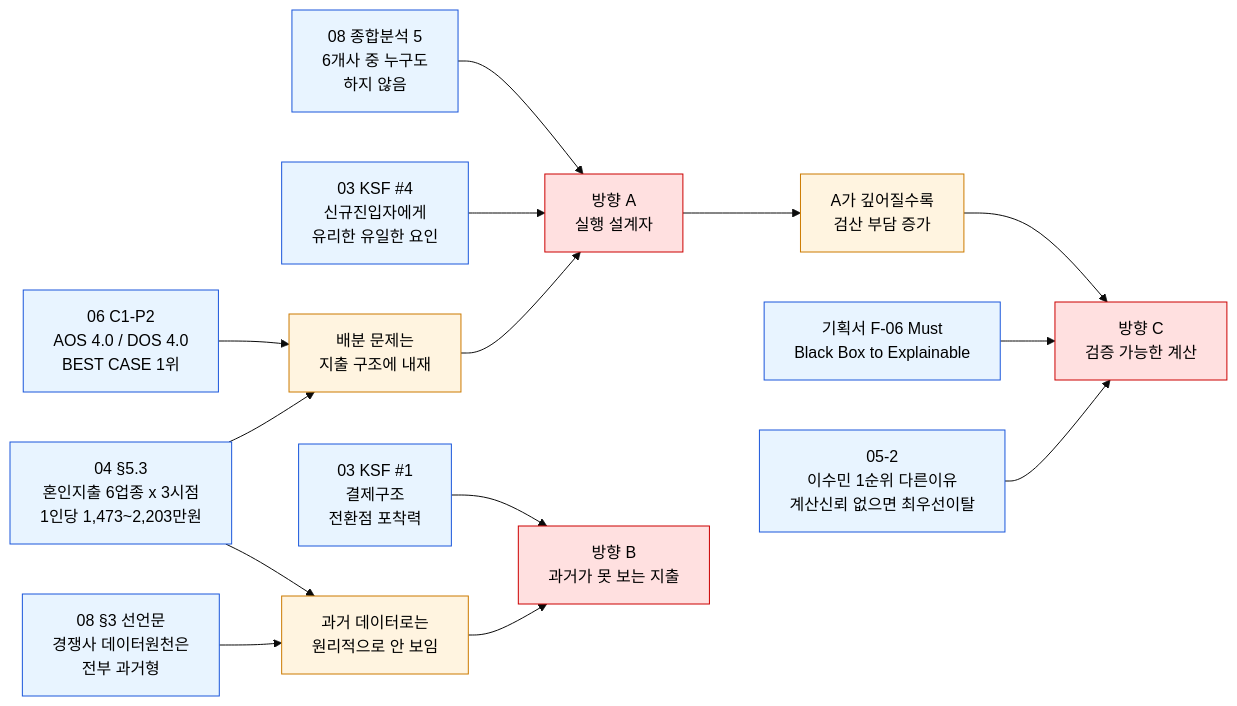
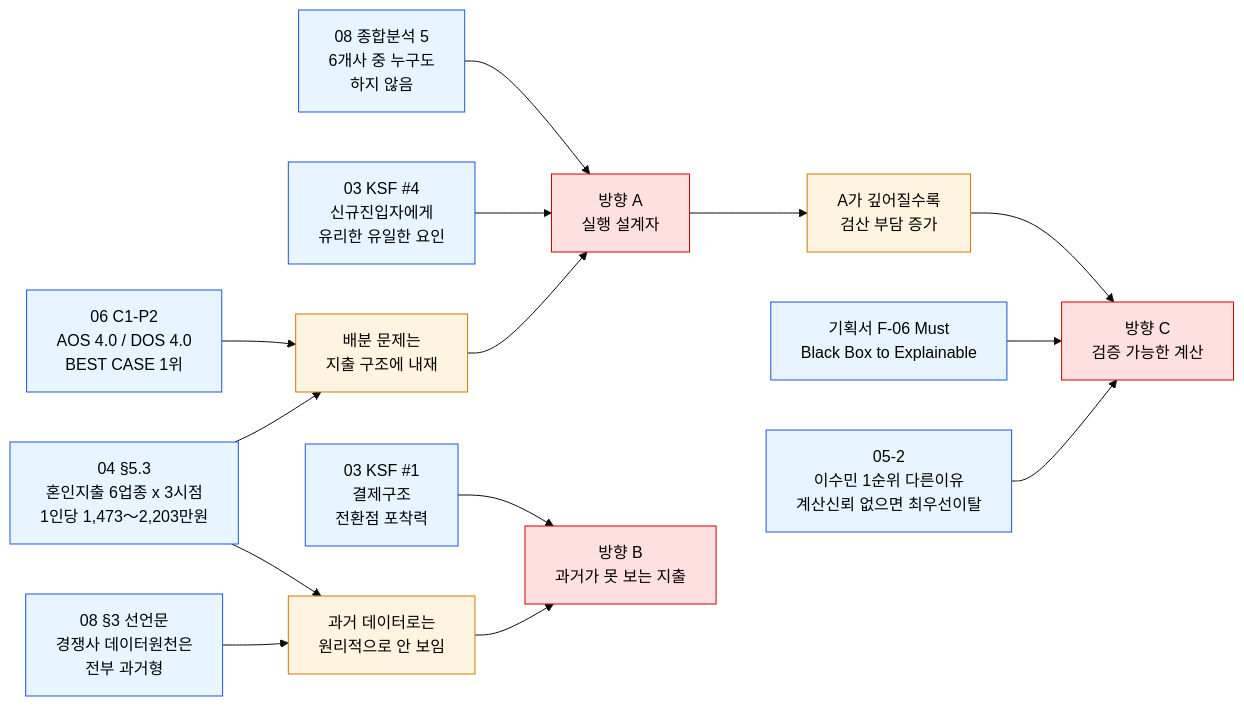
Before and after one commit to jennie-brain/idea: the diagram in Industry and Business Analysis/08_가치제안서_VPS/02_차별화된_서비스_가치선언문.md, drawn with Mermaid (base theme). The commit also changed other lines of this file and 21 other files, not shown here.

````diff
--- a/Industry and Business Analysis/08_가치제안서_VPS/02_차별화된_서비스_가치선언문.md
+++ b/Industry and Business Analysis/08_가치제안서_VPS/02_차별화된_서비스_가치선언문.md
@@ -173,35 +173,35 @@
 ```mermaid
 graph LR
     classDef ev fill:#e8f4ff,stroke:#1a56db,color:#000
     classDef mid fill:#fff4e0,stroke:#cc7a00,color:#000
     classDef dir fill:#ffe0e0,stroke:#cc0000,color:#000
 
-    E1["04 §5.3<br/>혼인지출 6업종 x 3시점<br/>1인당 1,473~2,203만원"]:::ev
+    E1["04 §5.3<br/>혼인지출 6업종 x 3시점<br/>1인당 1,473～2,203만원"]:::ev
     E2["06 C1-P2<br/>AOS 4.0 / DOS 4.0<br/>BEST CASE 1위"]:::ev
     E3["03 KSF #4<br/>신규진입자에게<br/>유리한 유일한 요인"]:::ev
     E4["08 종합분석 5<br/>6개사 중 누구도<br/>하지 않음"]:::ev
     E5["08 §3 선언문<br/>경쟁사 데이터원천은<br/>전부 과거형"]:::ev
     E6["03 KSF #1<br/>결제구조<br/>전환점 포착력"]:::ev
     E7["05-2<br/>이수민 1순위 다른이유<br/>계산신뢰 없으면 최우선이탈"]:::ev
     E8["기획서 F-06 Must<br/>Black Box to Explainable"]:::ev
 
     M1["배분 문제는<br/>지출 구조에 내재"]:::mid
     M2["과거 데이터로는<br/>원리적으로 안 보임"]:::mid
     M3["A가 깊어질수록<br/>검산 부담 증가"]:::mid
 
     E1 --> M1
     E2 --> M1
     M1 --> A["방향 A<br/>실행 설계자"]:::dir
     E3 --> A
     E4 --> A
 
     E5 --> M2
     E1 --> M2
     M2 --> B["방향 B<br/>과거가 못 보는 지출"]:::dir
     E6 --> B
 
     E7 --> C["방향 C<br/>검증 가능한 계산"]:::dir
     E8 --> C
     A --> M3
     M3 --> C
 ```
````
